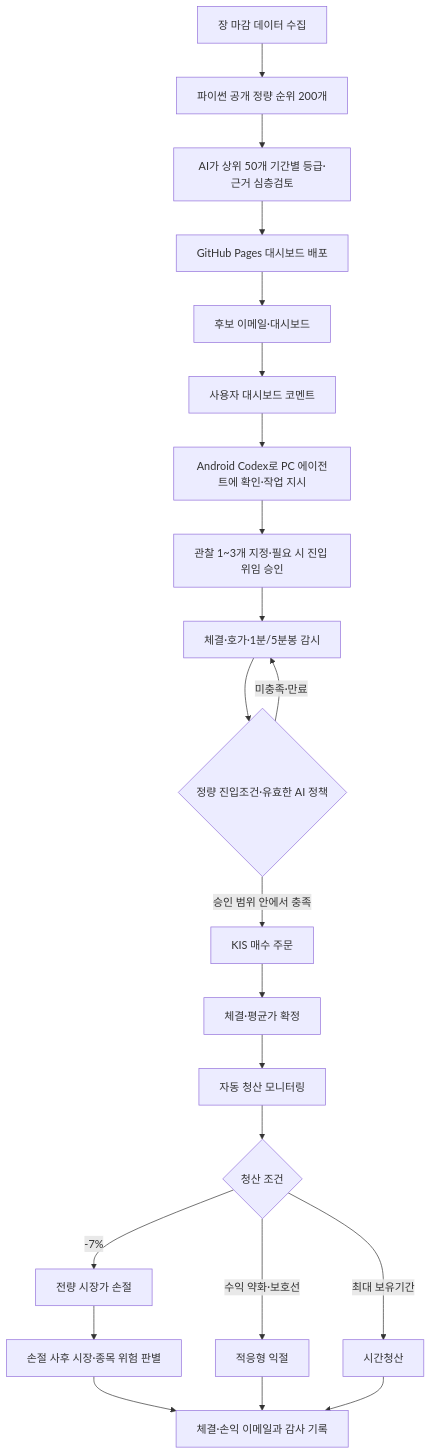
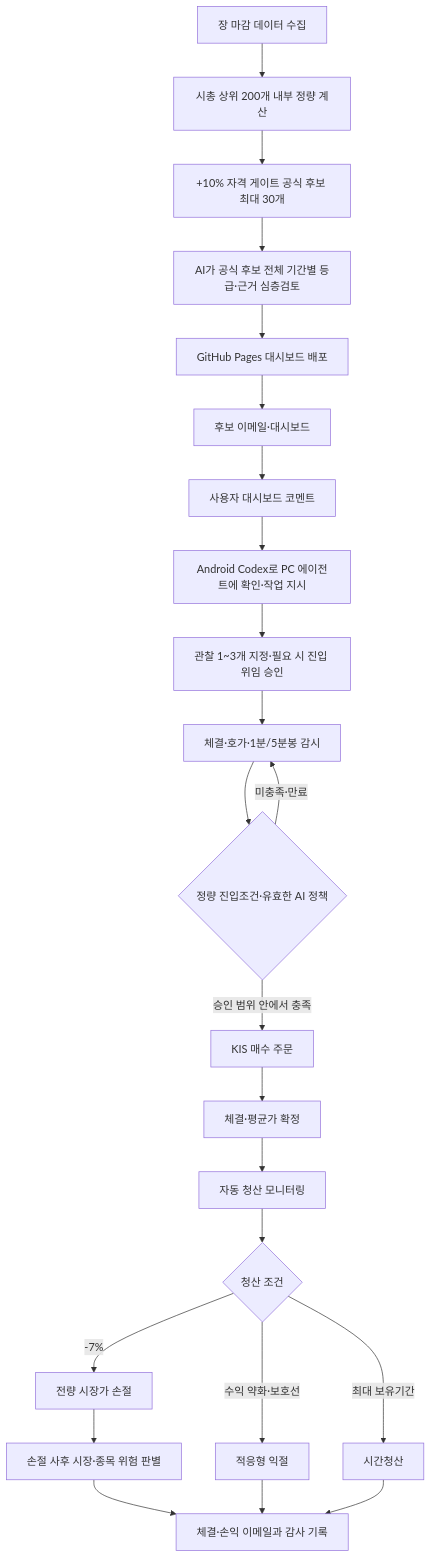
Before and after one commit to sungha-uu/danta: the diagram in DOCS/PRODUCT_AND_WORKFLOW.md, drawn with Mermaid. The commit also changed other lines of this file and 33 other files, not shown here.

````diff
--- a/DOCS/PRODUCT_AND_WORKFLOW.md
+++ b/DOCS/PRODUCT_AND_WORKFLOW.md
@@ -40,24 +40,25 @@
 ```mermaid
 flowchart TD
-    A["장 마감 데이터 수집"] --> B["파이썬 공개 정량 순위 200개"]
-    B --> C["AI가 상위 50개 기간별 등급·근거 심층검토"]
-    C --> D["GitHub Pages 대시보드 배포"]
-    D --> E["후보 이메일·대시보드"]
+    A["장 마감 데이터 수집"] --> B["시총 상위 200개 내부 정량 계산"]
+    B --> C["+10% 자격 게이트 공식 후보 최대 30개"]
+    C --> D["AI가 공식 후보 전체 기간별 등급·근거 심층검토"]
+    D --> PAGES["GitHub Pages 대시보드 배포"]
+    PAGES --> E["후보 이메일·대시보드"]
     E --> F["사용자 대시보드 코멘트"]
     F --> G["Android Codex로 PC 에이전트에 확인·작업 지시"]
     G --> S["관찰 1~3개 지정·필요 시 진입 위임 승인"]
     S --> H["체결·호가·1분/5분봉 감시"]
     H --> I{"정량 진입조건·유효한 AI 정책"}
     I -- "미충족·만료" --> H
     I -- "승인 범위 안에서 충족" --> J["KIS 매수 주문"]
     J --> K["체결·평균가 확정"]
     K --> L["자동 청산 모니터링"]
     L --> M{"청산 조건"}
     M -- "-7%" --> N["전량 시장가 손절"]
     M -- "수익 약화·보호선" --> O["적응형 익절"]
     M -- "최대 보유기간" --> P["시간청산"]
     N --> R["손절 사후 시장·종목 위험 판별"]
     R --> Q["체결·손익 이메일과 감사 기록"]
     O --> Q
     P --> Q
 ```
````
